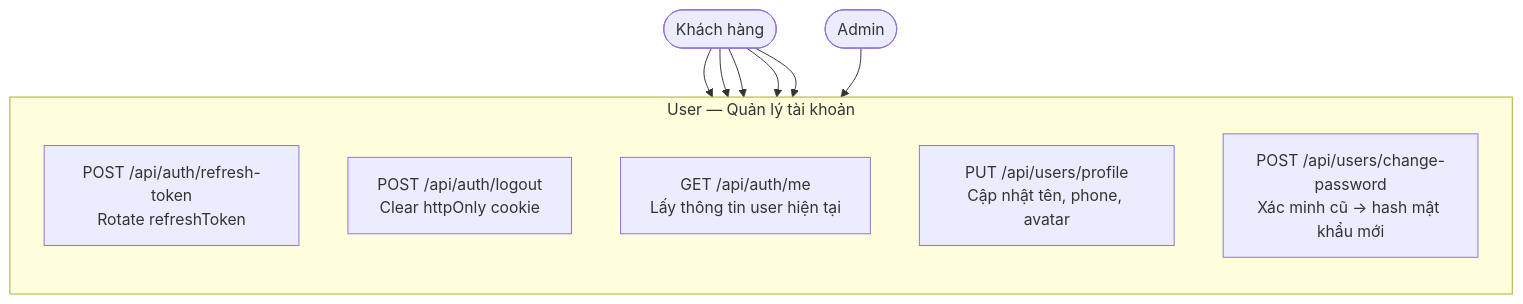
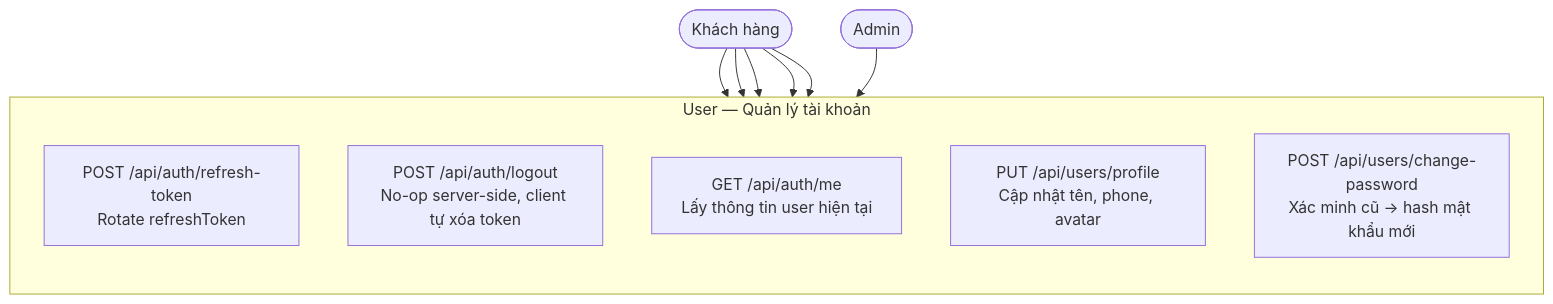
Before and after one commit to MinhThang1009/E-commerce-website: the fifth of 47 diagrams in DIAGRAMS.md, drawn with Mermaid. The commit also changed other lines of this file, not shown here.

First line of the commit message:
docs(diagrams): sửa §2/§7/§8 khớp code sau audit per-element

````diff
--- a/DIAGRAMS.md
+++ b/DIAGRAMS.md
@@ -166,21 +166,21 @@
 ```mermaid
 flowchart TB
     Customer(["Khách hàng"])
     Admin(["Admin"])
 
     subgraph USER_ACC["User — Quản lý tài khoản"]
         direction TB
         U1["POST /api/auth/refresh-token<br/>Rotate refreshToken"]
-        U2["POST /api/auth/logout<br/>Clear httpOnly cookie"]
+        U2["POST /api/auth/logout<br/>No-op server-side, client tự xóa token"]
         U3["GET /api/auth/me<br/>Lấy thông tin user hiện tại"]
         U4["PUT /api/users/profile<br/>Cập nhật tên, phone, avatar"]
         U5["POST /api/users/change-password<br/>Xác minh cũ → hash mật khẩu mới"]
     end
 
     Customer --> U1
     Customer --> U2
     Customer --> U3
     Customer --> U4
     Customer --> U5
     Admin --> U3
 ```
````
